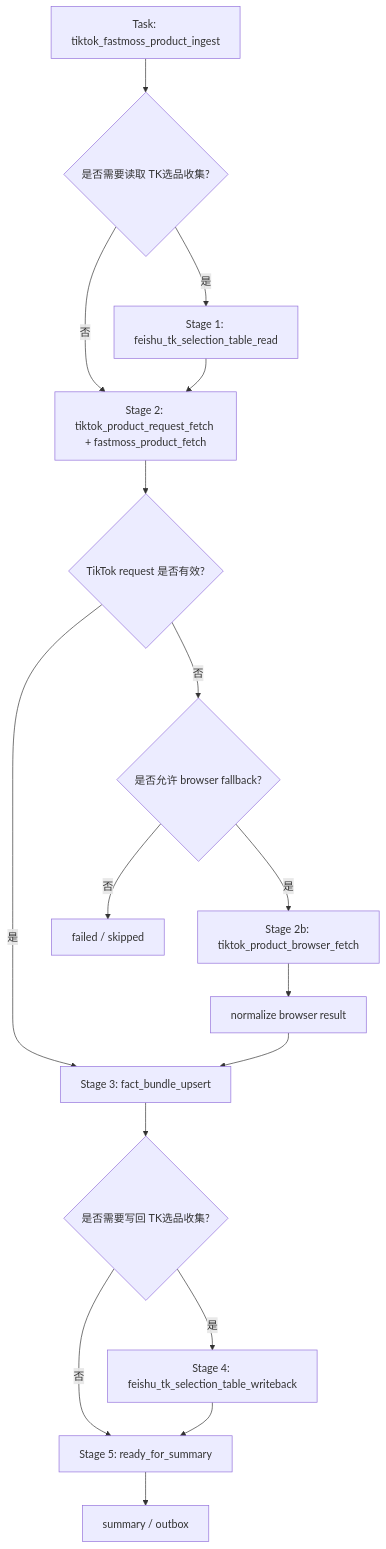
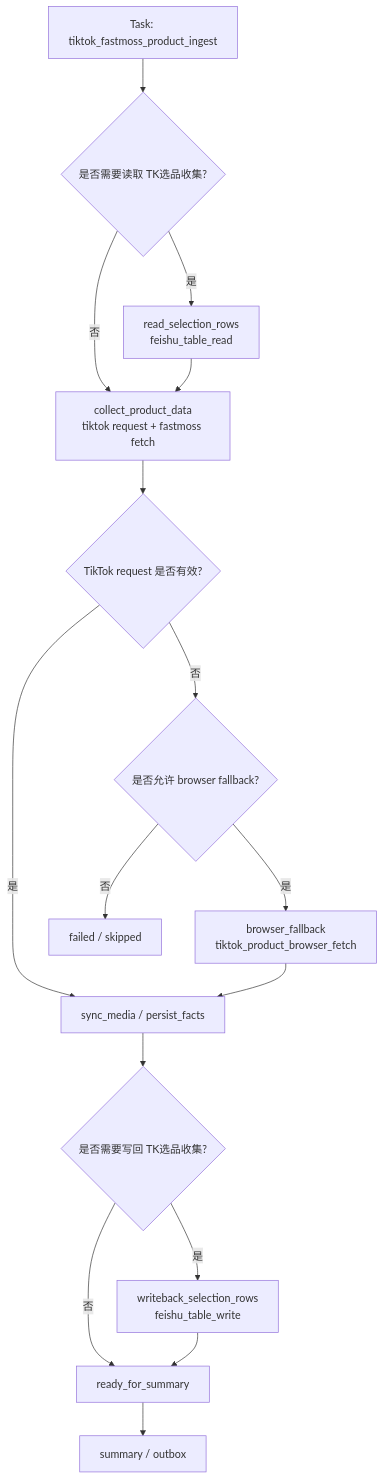
One commit to knighterrantsky/mujitask changed the first of 4 diagrams in docs/arch/workflow-selection-analysis-design.md. Above: the diagram before and after it, drawn with Mermaid. The commit also changed other lines of this file and 53 other files, not shown here.

````diff
--- a/docs/arch/workflow-selection-analysis-design.md
+++ b/docs/arch/workflow-selection-analysis-design.md
@@ -44,19 +46,18 @@
 ```mermaid
 flowchart TD
     A["Task: tiktok_fastmoss_product_ingest"] --> B{"是否需要读取 TK选品收集?"}
-    B -->|是| C["Stage 1: feishu_tk_selection_table_read"]
-    B -->|否| D["Stage 2: tiktok_product_request_fetch + fastmoss_product_fetch"]
+    B -->|是| C["read_selection_rows<br/>feishu_table_read"]
+    B -->|否| D["collect_product_data<br/>tiktok request + fastmoss fetch"]
     C --> D
     D --> E{"TikTok request 是否有效?"}
-    E -->|是| F["Stage 3: fact_bundle_upsert"]
+    E -->|是| F["sync_media / persist_facts"]
     E -->|否| G{"是否允许 browser fallback?"}
-    G -->|是| H["Stage 2b: tiktok_product_browser_fetch"]
+    G -->|是| H["browser_fallback<br/>tiktok_product_browser_fetch"]
     G -->|否| I["failed / skipped"]
-    H --> J["normalize browser result"]
-    J --> F
+    H --> F
     F --> K{"是否需要写回 TK选品收集?"}
-    K -->|是| L["Stage 4: feishu_tk_selection_table_writeback"]
-    K -->|否| M["Stage 5: ready_for_summary"]
+    K -->|是| L["writeback_selection_rows<br/>feishu_table_write"]
+    K -->|否| M["ready_for_summary"]
     L --> M
     M --> N["summary / outbox"]
 ```
````
